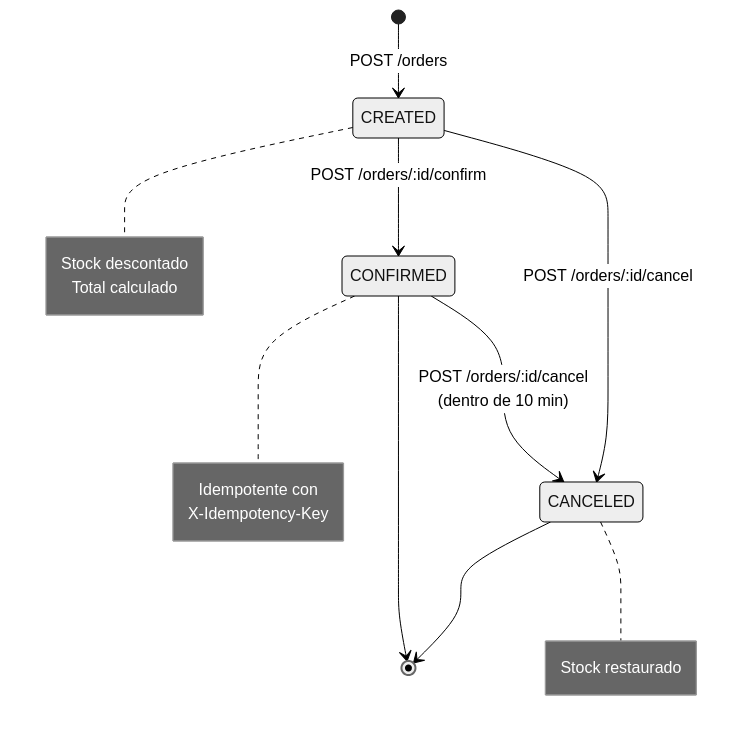
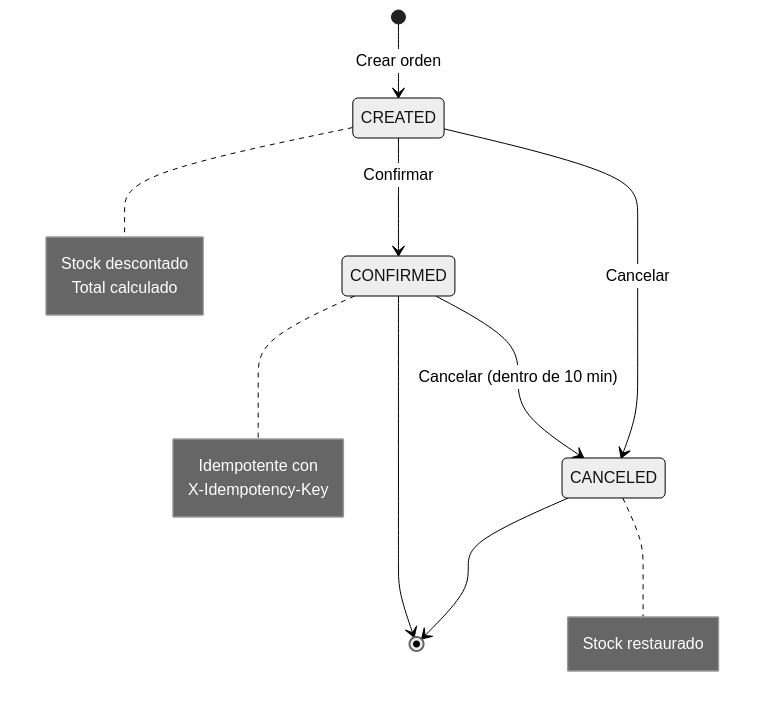
One commit to geo-mena/customers-orders changed the third of 6 diagrams in README.md. Above: the diagram before and after it, drawn with Mermaid (neutral theme).

Commit message:
docs: translate state diagram labels to Spanish in README

````diff
--- a/README.md
+++ b/README.md
@@ -105,23 +105,23 @@
 ```mermaid
 stateDiagram-v2
-    [*] --> CREATED: POST /orders
-    CREATED --> CONFIRMED: POST /orders/:id/confirm
-    CREATED --> CANCELED: POST /orders/:id/cancel
-    CONFIRMED --> CANCELED: POST /orders/:id/cancel<br/>(dentro de 10 min)
+    [*] --> CREATED: Crear orden
+    CREATED --> CONFIRMED: Confirmar
+    CREATED --> CANCELED: Cancelar
+    CONFIRMED --> CANCELED: Cancelar (dentro de 10 min)
     CANCELED --> [*]
     CONFIRMED --> [*]
 
     note right of CREATED
         Stock descontado
         Total calculado
     end note
 
     note right of CONFIRMED
         Idempotente con
         X-Idempotency-Key
     end note
 
     note right of CANCELED
         Stock restaurado
     end note
 ```
````
